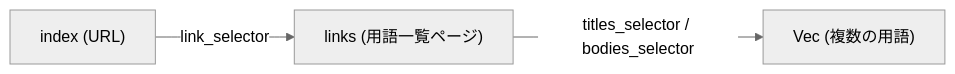
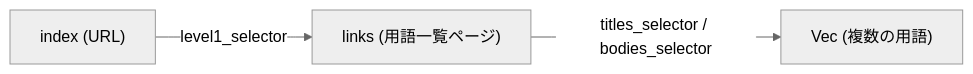
The second of 3 diagrams in docs/flows.md (misogihagi/data-cleanser-rs), drawn with Mermaid (neutral theme) before and after one commit. The commit also changed other lines of this file and 5 other files, not shown here.

````diff
--- a/docs/flows.md
+++ b/docs/flows.md
@@ -91,5 +91,5 @@
 ```mermaid
 graph LR
-    Index["index (URL)"] -->|link_selector| L["links (用語一覧ページ)"]
+    Index["index (URL)"] -->|level1_selector| L["links (用語一覧ページ)"]
     L -->|titles_selector / bodies_selector| T["Vec<Term> (複数の用語)"]
 ```
````
